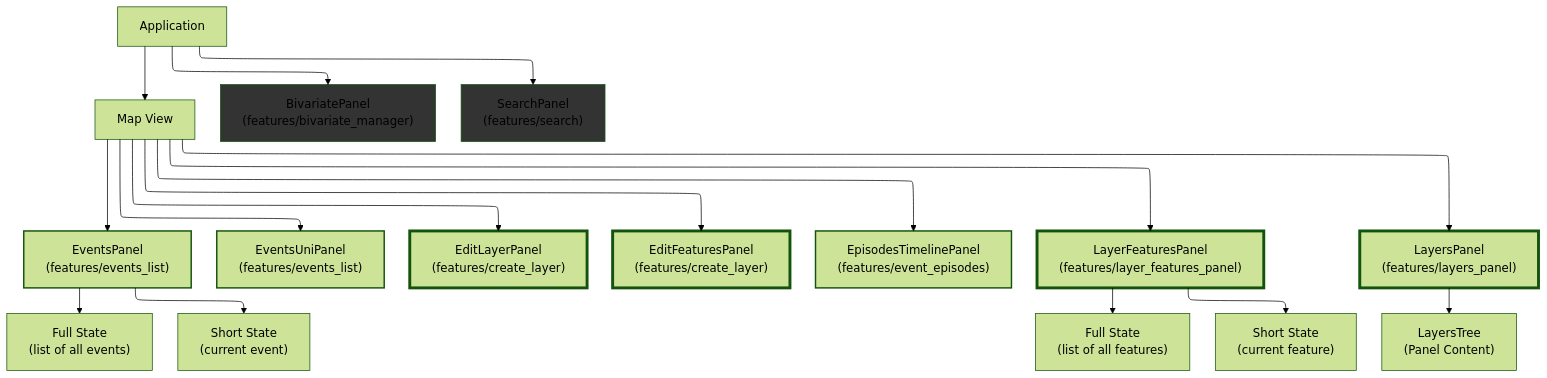
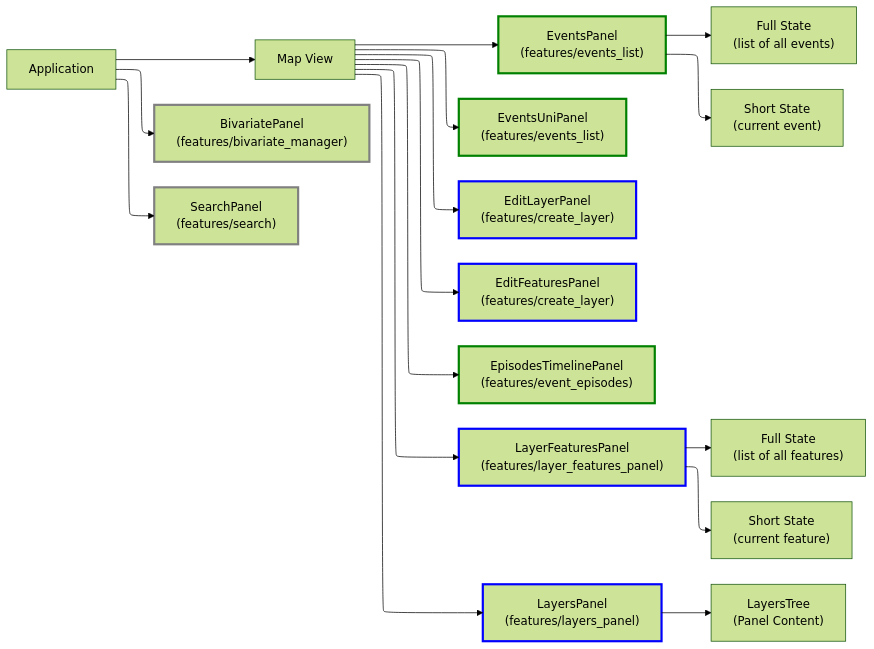
Before and after one commit to konturio/disaster-ninja-fe: the second of 3 diagrams in docs/investigations/panels-report.md, drawn with Mermaid (forest theme). The commit also changed 5 other files, not shown here.

````diff
--- a/docs/investigations/panels-report.md
+++ b/docs/investigations/panels-report.md
@@ -239,39 +239,39 @@
 ```mermaid
 ---
 config:
   layout: elk
 ---
-flowchart TD
-    classDef eventClass stroke-width:2px
-    classDef layerClass stroke-width:4px
-    classDef otherClass fill:#333,stroke-width:1px
+flowchart LR
+    classDef eventClass stroke-width:3px,stroke:green
+    classDef layerClass stroke-width:3px,stroke:blue
+    classDef otherClass stroke-width:3px,stroke:grey
 
     App[Application] --> MapView[Map View]
     App --> BivaPanel["BivariatePanel<br/>(features/bivariate_manager)"]:::otherClass
     App --> SearchPanel["SearchPanel<br/>(features/search)"]:::otherClass
 
     %% Panel Usages
     EventsPanel["EventsPanel<br/>(features/events_list)"]:::eventClass
     EventsUniPanel["EventsUniPanel<br/>(features/events_list)"]:::eventClass
     EditLayerPanel["EditLayerPanel<br/>(features/create_layer)"]:::layerClass
     EditFeaturesPanel["EditFeaturesPanel<br/>(features/create_layer)"]:::layerClass
     EpisodesTimelinePanel["EpisodesTimelinePanel<br/>(features/event_episodes)"]:::eventClass
     LayerFeaturesPanel["LayerFeaturesPanel<br/>(features/layer_features_panel)"]:::layerClass
     LayersPanel["LayersPanel<br/>(features/layers_panel)"]:::layerClass
 
     MapView --> EventsPanel
     MapView --> EventsUniPanel
     MapView --> LayerFeaturesPanel
     MapView --> EpisodesTimelinePanel
     MapView --> EditLayerPanel
     MapView --> EditFeaturesPanel
     MapView --> LayersPanel
 
     EventsPanel --> EventsFull["Full State<br/>(list of all events)"]
     EventsPanel --> EventsShort["Short State<br/>(current event)"]
 
     LayerFeaturesPanel --> LayerFull["Full State<br/>(list of all features)"]
     LayerFeaturesPanel --> LayerShort["Short State<br/>(current feature)"]
 
     LayersPanel --> LayersTree["LayersTree<br/>(Panel Content)"]
 ```
````
